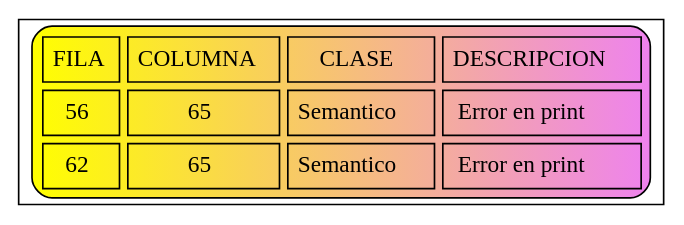
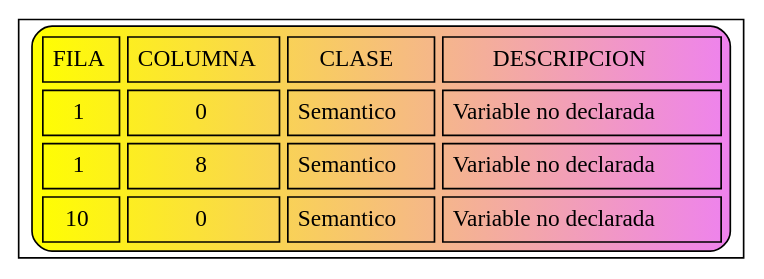
The diagram in Errores.dot (JoseMore99/OLC2_P1_201701015), drawn with Graphviz before and after one commit. The commit also changed 8 other files, not shown here.

```diff
--- a/Errores.dot
+++ b/Errores.dot
@@ -1,8 +1,9 @@
 digraph G{
 node [shape=record];
 a0 [label=<<TABLE border="1" cellspacing="5" cellpadding="5" style="rounded" bgcolor="yellow:violet">
 "<TR><TD>FILA</TD><TD>COLUMNA</TD><TD>CLASE</TD><TD>DESCRIPCION</TD></TR>
-<TR><TD>56</TD><TD>65</TD><TD>Semantico</TD><TD>Error en print</TD></TR>
-<TR><TD>62</TD><TD>65</TD><TD>Semantico</TD><TD>Error en print</TD></TR>
+<TR><TD>1</TD><TD>0</TD><TD>Semantico</TD><TD>Variable no declarada</TD></TR>
+<TR><TD>1</TD><TD>8</TD><TD>Semantico</TD><TD>Variable no declarada</TD></TR>
+<TR><TD>10</TD><TD>0</TD><TD>Semantico</TD><TD>Variable no declarada</TD></TR>
 </TABLE>>];
 }
```
